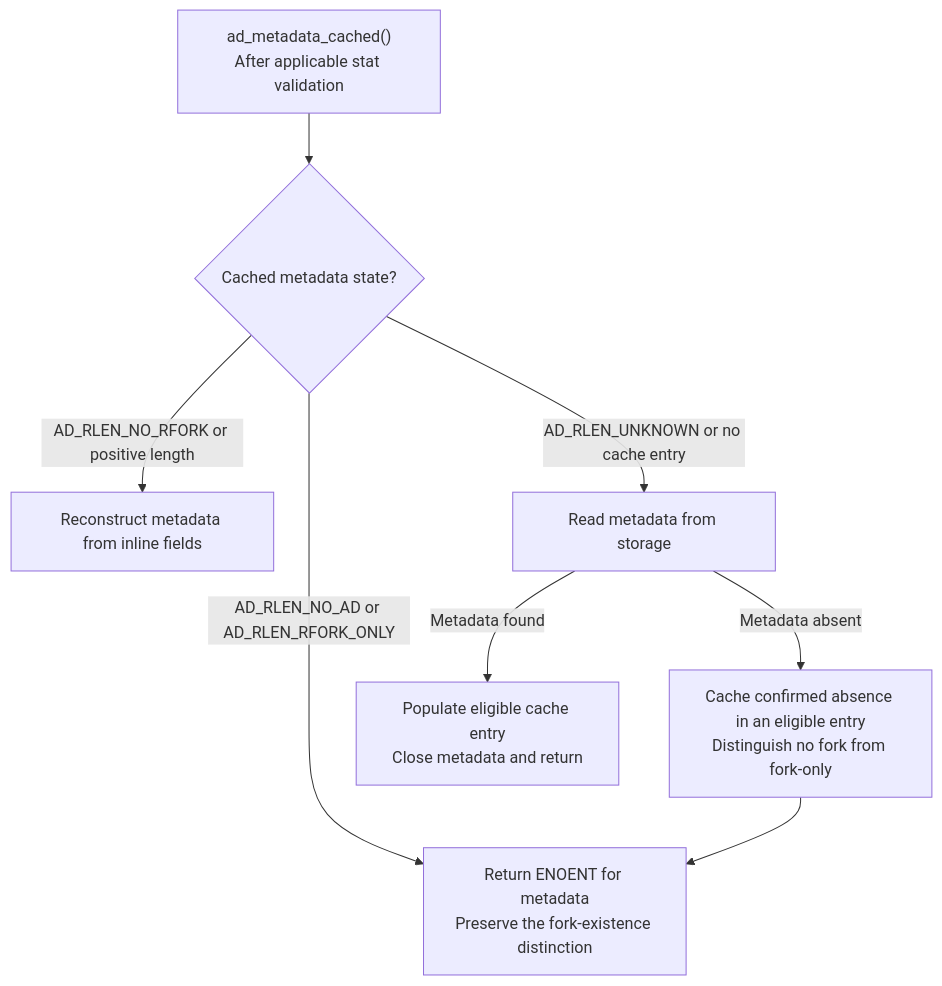
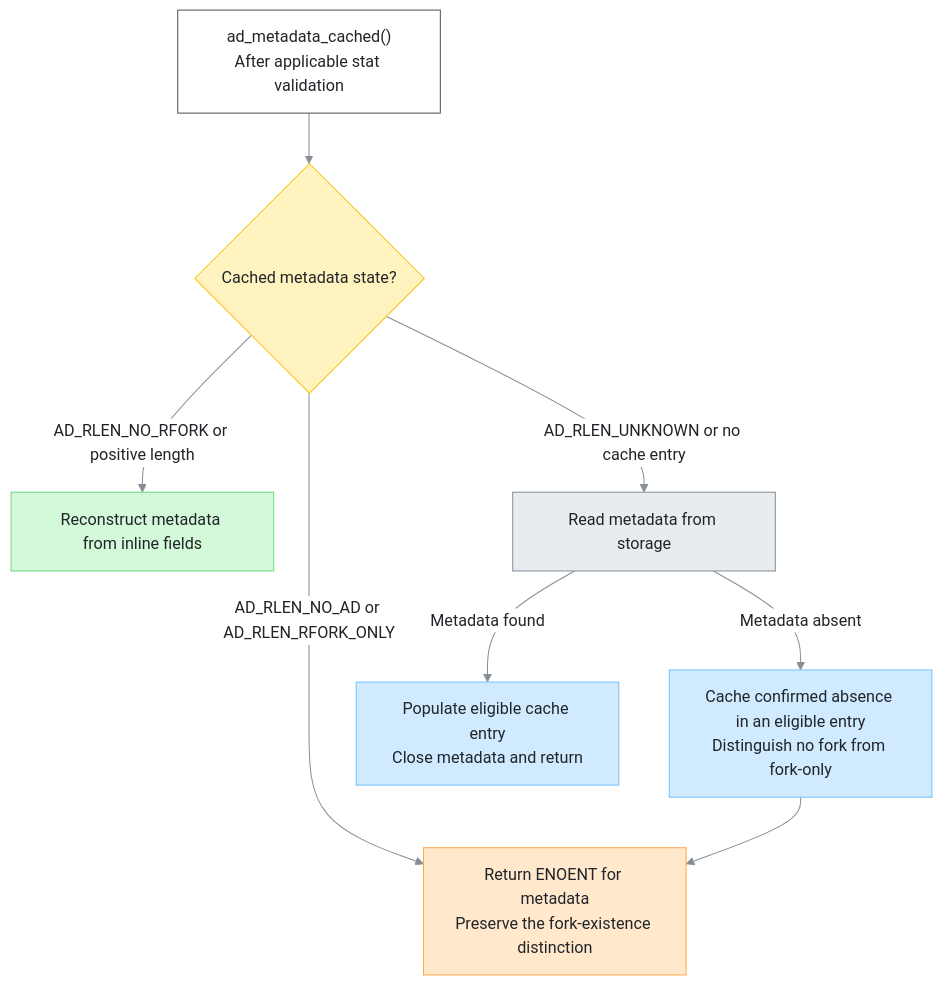
The fourth of 6 diagrams in doc/developer/caching.md (Netatalk/netatalk), drawn with Mermaid before and after one commit. The commit also changed other lines of this file and 31 other files, not shown here.

````diff
--- a/doc/developer/caching.md
+++ b/doc/developer/caching.md
@@ -121,11 +399,18 @@
 ```mermaid
+%%{init: {"theme": "base", "themeVariables": {"fontFamily": "Inter, Segoe UI, Helvetica Neue, Arial, sans-serif", "fontSize": "16px", "primaryColor": "#ffffff", "primaryBorderColor": "#495057", "primaryTextColor": "#212529", "lineColor": "#868e96"}}}%%
 flowchart TD
-    Access["ad_metadata_cached()<br/>After applicable stat validation"]
-    Access --> State{"Cached metadata state?"}
-    State -->|"AD_RLEN_NO_RFORK or positive length"| Rebuild["Reconstruct metadata from inline fields"]
-    State -->|"AD_RLEN_NO_AD or AD_RLEN_RFORK_ONLY"| Absent["Return ENOENT for metadata<br/>Preserve the fork-existence distinction"]
-    State -->|"AD_RLEN_UNKNOWN or no cache entry"| Read["Read metadata from storage"]
-    Read -->|Metadata found| Store["Populate eligible cache entry<br/>Close metadata and return"]
-    Read -->|Metadata absent| Negative["Cache confirmed absence in an eligible entry<br/>Distinguish no fork from fork-only"]
+    Access["ad_metadata_cached()<br/>After applicable stat validation"]:::act
+    Access --> State{"Cached metadata state?"}:::dec
+    State -->|"AD_RLEN_NO_RFORK or positive length"| Rebuild["Reconstruct metadata from inline fields"]:::done
+    State -->|"AD_RLEN_NO_AD or AD_RLEN_RFORK_ONLY"| Absent["Return ENOENT for metadata<br/>Preserve the fork-existence distinction"]:::warn
+    State -->|"AD_RLEN_UNKNOWN or no cache entry"| Read["Read metadata from storage"]:::storage
+    Read -->|Metadata found| Store["Populate eligible cache entry<br/>Close metadata and return"]:::store
+    Read -->|Metadata absent| Negative["Cache confirmed absence in an eligible entry<br/>Distinguish no fork from fork-only"]:::store
     Negative --> Absent
+    classDef dec fill:#fff3bf,stroke:#fcc419,color:#212529
+    classDef act fill:#ffffff,stroke:#495057,color:#212529
+    classDef store fill:#d0ebff,stroke:#74c0fc,color:#212529
+    classDef done fill:#d3f9d8,stroke:#69db7c,color:#212529
+    classDef warn fill:#ffe8cc,stroke:#ffa94d,color:#212529
+    classDef storage fill:#e9ecef,stroke:#868e96,color:#212529
 ```
````
